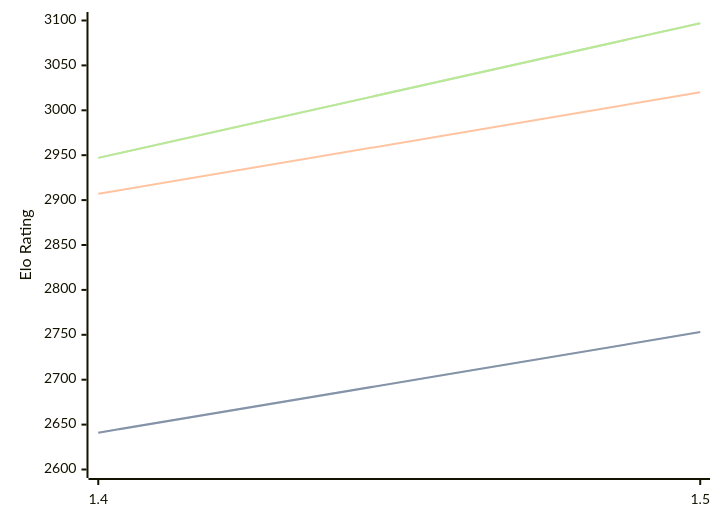
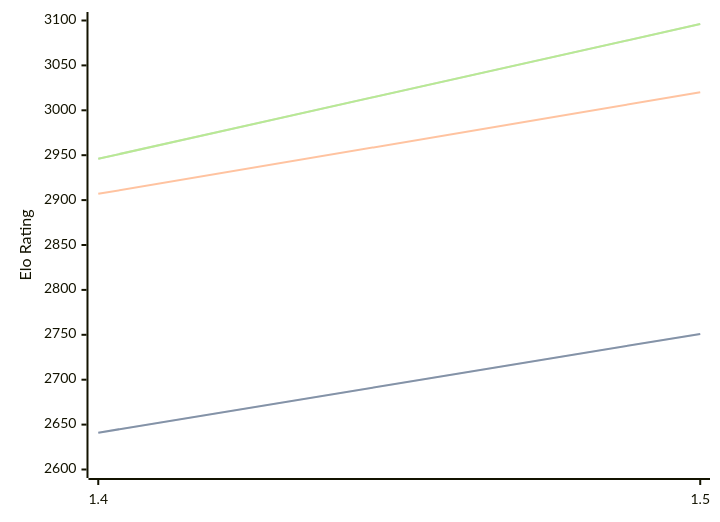
One commit to computer-chess-index/cci changed the first of 3 diagrams in engines/Yakka.md. Above: the diagram before and after it, drawn with Mermaid. The commit also changed other lines of this file, not shown here.

Commit message:
Update CCI Ratings (ELO VLTC) - 2026-06-27

````diff
--- a/engines/Yakka.md
+++ b/engines/Yakka.md
@@ -36,11 +36,11 @@
 ```mermaid
 %%{init: {"theme":"base","themeVariables":{"seriesColors:['#a3a3a3','#222221','#faa371']}}}%%
 xychart-beta
   x-axis ["1.4", "1.5"]
   y-axis "Elo Rating" 2600 --> 3100
-  line "STC (8.0+0.08s)" [2641, 2753]
-  line "STC (8.0+0.08s)" [2641, 2753]
+  line "STC (8.0+0.08s)" [2641, 2751]
+  line "STC (8.0+0.08s)" [2641, 2751]
   line "LTC (60.0+0.60s)" [2907, 3020]
-  line "VLTC (2m24s+1.12s)" [2947, 3097]
-  line "VLTC (2m24s+1.12s)" [2947, 3097]
+  line "VLTC (2m24s+1.12s)" [2946, 3096]
+  line "VLTC (2m24s+1.12s)" [2946, 3096]
 ```
````
